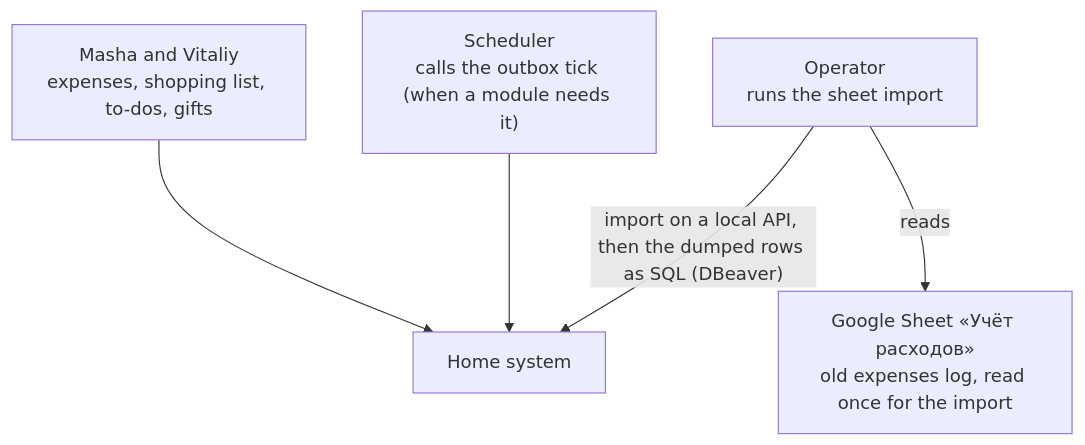
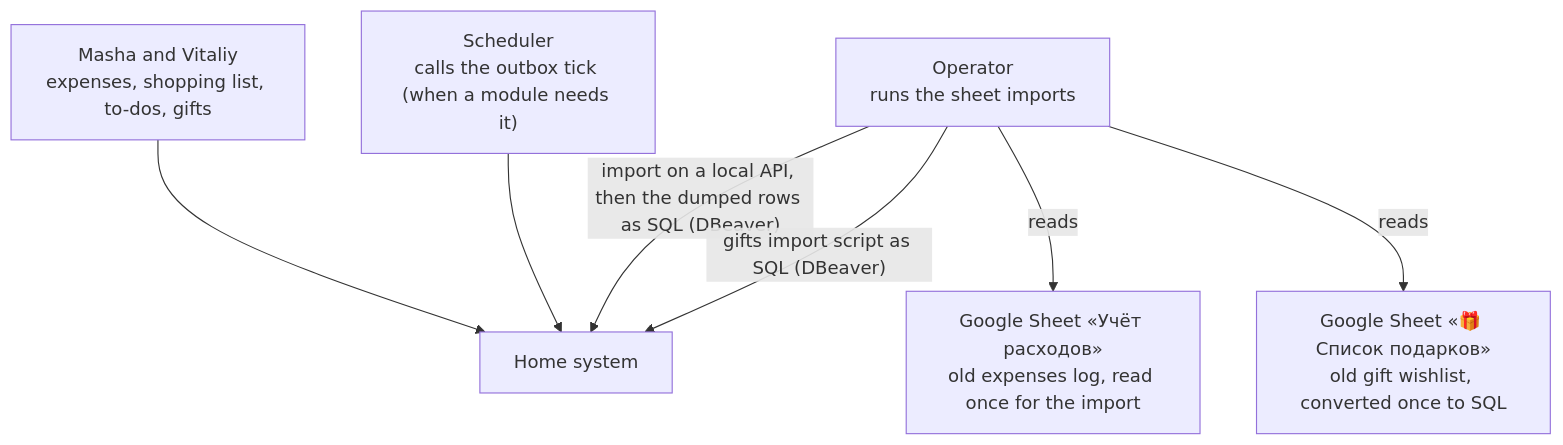
One commit to Weretik/home-app changed the first of 3 diagrams in api/docs/architecture/c4.md. Above: the diagram before and after it, drawn with Mermaid. The commit also changed other lines of this file and 252 other files, not shown here.

````diff
--- a/api/docs/architecture/c4.md
+++ b/api/docs/architecture/c4.md
@@ -7,13 +7,16 @@
 ```mermaid
 flowchart TB
     family["Masha and Vitaliy<br/>expenses, shopping list, to-dos, gifts"]
     system["Home system"]
     scheduler["Scheduler<br/>calls the outbox tick (when a module needs it)"]
     sheet["Google Sheet «Учёт расходов»<br/>old expenses log, read once for the import"]
-    operator["Operator<br/>runs the sheet import"]
+    giftsSheet["Google Sheet «🎁 Список подарков»<br/>old gift wishlist, converted once to SQL"]
+    operator["Operator<br/>runs the sheet imports"]
 
     family --> system
     scheduler --> system
     operator -->|reads| sheet
     operator -->|"import on a local API, then the dumped rows as SQL (DBeaver)"| system
+    operator -->|reads| giftsSheet
+    operator -->|"gifts import script as SQL (DBeaver)"| system
 ```
````
